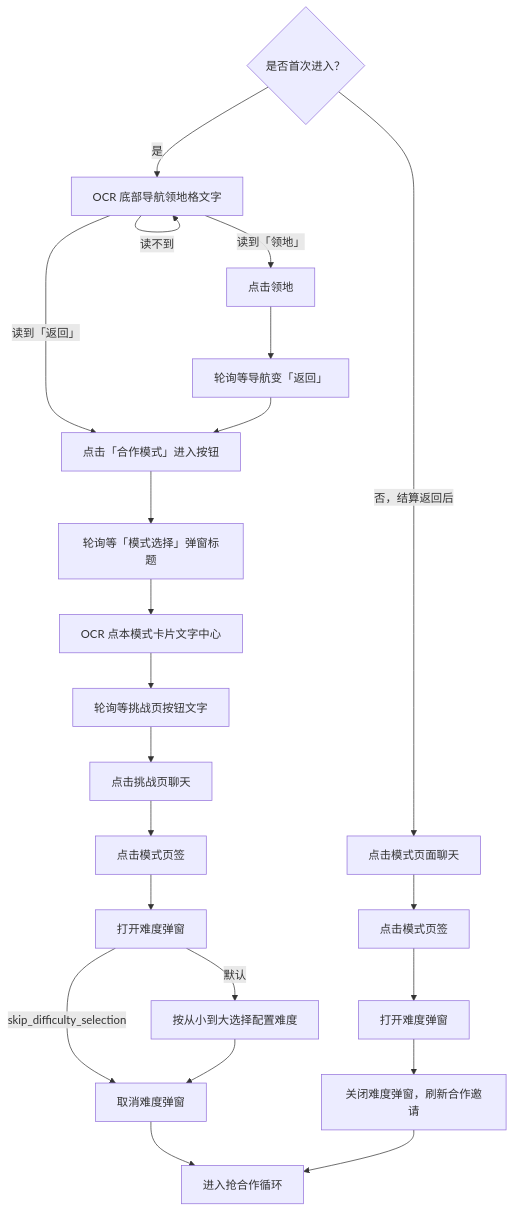
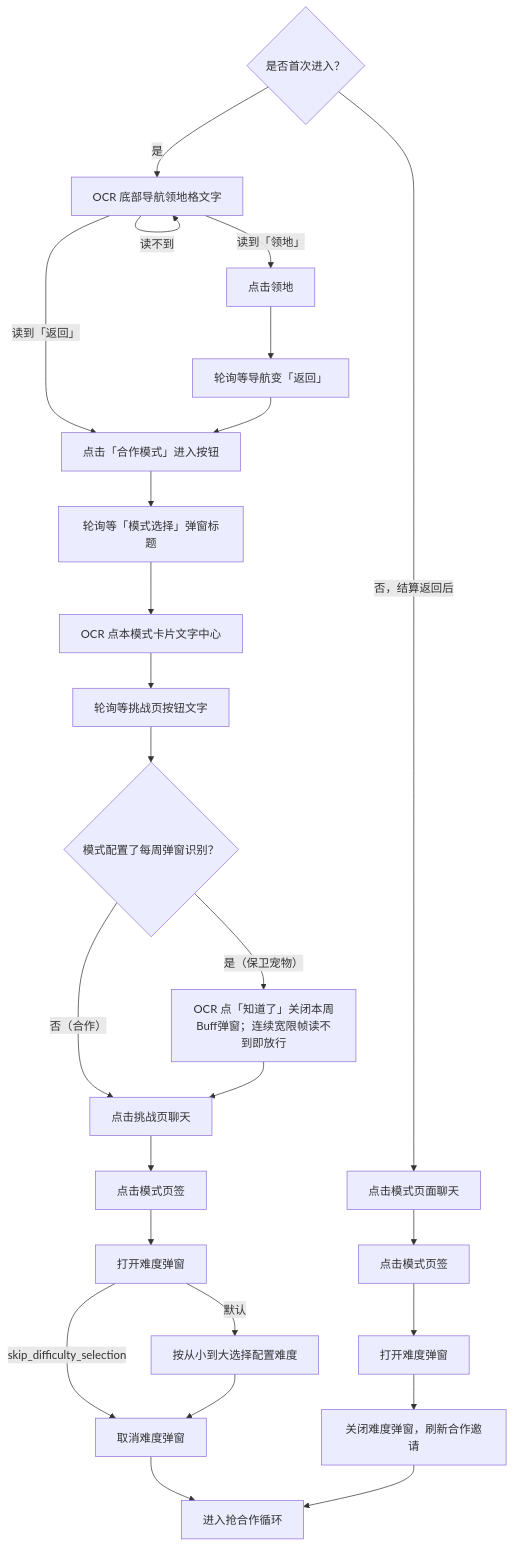
One commit to imer2026/wlxq changed the second of 2 diagrams in docs/automation-flow.md. Above: the diagram before and after it, drawn with Mermaid. The commit also changed other lines of this file and 13 other files, not shown here.

````diff
--- a/docs/automation-flow.md
+++ b/docs/automation-flow.md
@@ -85,25 +85,28 @@
 ```mermaid
 flowchart TD
     A{"是否首次进入？"}
     A -- "是" --> T0["OCR 底部导航领地格文字"]
     T0 -- "读到「领地」" --> T1["点击领地"]
     T1 --> T2["轮询等导航变「返回」"]
     T0 -- "读到「返回」" --> M
     T0 -- "读不到" --> T0
     T2 --> M["点击「合作模式」进入按钮"]
     M --> M2["轮询等「模式选择」弹窗标题"]
     M2 --> M3["OCR 点本模式卡片文字中心"]
     M3 --> M4["轮询等挑战页按钮文字"]
-    M4 --> C["点击挑战页聊天"]
+    M4 --> W{"模式配置了每周弹窗识别？"}
+    W -- "是（保卫宠物）" --> W2["OCR 点「知道了」关闭本周Buff弹窗；连续宽限帧读不到即放行"]
+    W -- "否（合作）" --> C
+    W2 --> C["点击挑战页聊天"]
     C --> C2["点击模式页签"]
     C2 --> D["打开难度弹窗"]
     D -- "默认" --> D2["按从小到大选择配置难度"]
     D -- "skip_difficulty_selection" --> E
     D2 --> E["取消难度弹窗"]
     A -- "否，结算返回后" --> F["点击模式页面聊天"]
     F --> F1["点击模式页签"]
     F1 --> F2["打开难度弹窗"]
     F2 --> F3["关闭难度弹窗，刷新合作邀请"]
     E --> G["进入抢合作循环"]
     F3 --> G
 ```
````
